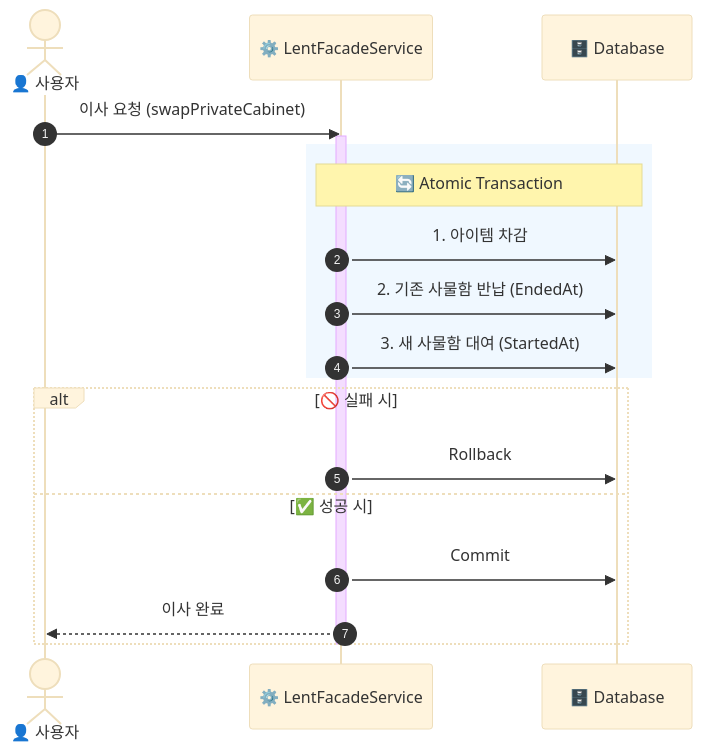
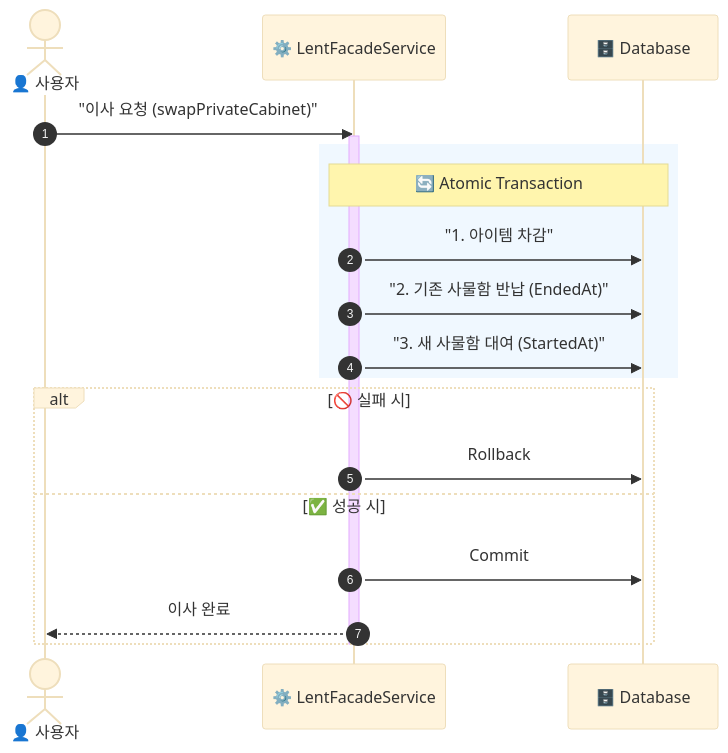
The seventh of 7 diagrams in backend/README.md (farmer0010/ft_transcendence), drawn with Mermaid (base theme) before and after one commit. The commit also changed other lines of this file, not shown here.

````diff
--- a/backend/README.md
+++ b/backend/README.md
@@ -453,25 +459,25 @@
 ```mermaid
 sequenceDiagram
     autonumber
     actor User as 👤 사용자
     participant Service as ⚙️ LentFacadeService
     participant DB as 🗄️ Database
 
-    User->>Service: 이사 요청 (swapPrivateCabinet)
+    User->>Service: "이사 요청 (swapPrivateCabinet)"
     activate Service
     
     rect rgb(240, 248, 255)
         Note over Service, DB: 🔄 Atomic Transaction
-        Service->>DB: 1. 아이템 차감
-        Service->>DB: 2. 기존 사물함 반납 (EndedAt)
-        Service->>DB: 3. 새 사물함 대여 (StartedAt)
+        Service->>DB: "1. 아이템 차감"
+        Service->>DB: "2. 기존 사물함 반납 (EndedAt)"
+        Service->>DB: "3. 새 사물함 대여 (StartedAt)"
     end
 
     alt 🚫 실패 시
         Service->>DB: Rollback
     else ✅ 성공 시
         Service->>DB: Commit
         Service-->>User: 이사 완료
     end
     deactivate Service
 ```
````
